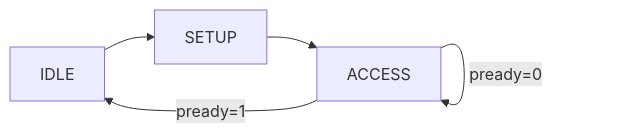
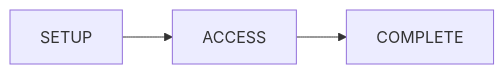
One commit to rajesh042005/APB-Peripheral-Wrappers---Verilog-RTL-Design changed the fourth of 6 diagrams in README.md. Above: the diagram before and after it, drawn with Mermaid. The commit also changed other lines of this file, not shown here.

````diff
--- a/README.md
+++ b/README.md
@@ -217,7 +97,5 @@
 ```mermaid
 flowchart LR
-    IDLE --> SETUP
     SETUP --> ACCESS
-    ACCESS -->|pready=1| IDLE
-    ACCESS -->|pready=0| ACCESS
+    ACCESS --> COMPLETE
 ```
````
